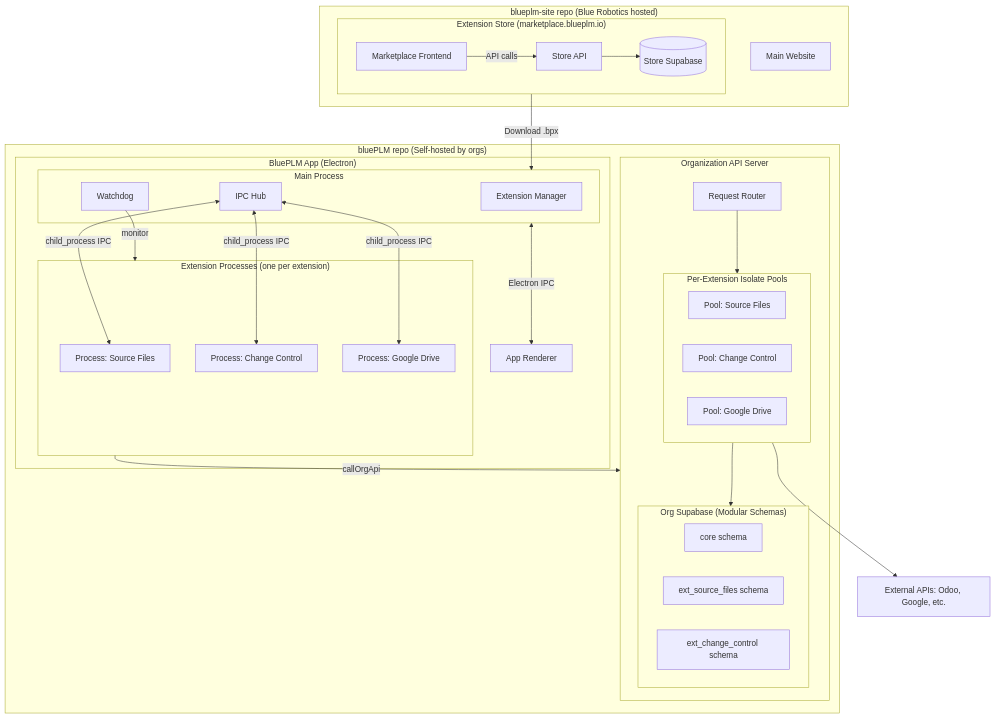
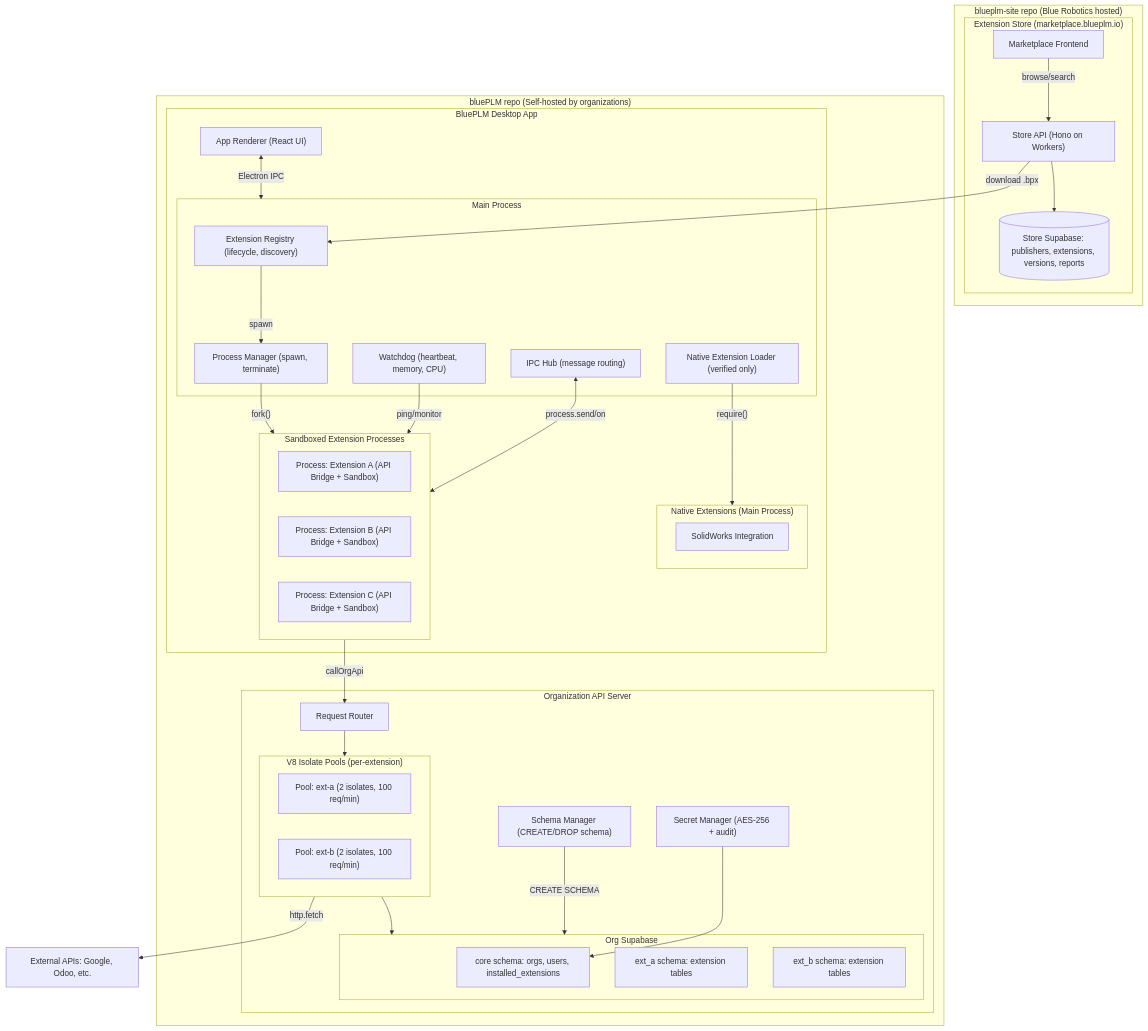
Before and after one commit to bluerobotics/bluePLM: the first of 6 diagrams in .cursor/plans/extension-system-architecture-agents.plan.md, drawn with Mermaid. The commit also changed other lines of this file and 5 other files, not shown here.

````diff
--- a/.cursor/plans/extension-system-architecture-agents.plan.md
+++ b/.cursor/plans/extension-system-architecture-agents.plan.md
@@ -39,60 +39,73 @@
 ```mermaid
 flowchart TB
     subgraph BluePLMSite["blueplm-site repo (Blue Robotics hosted)"]
         subgraph Store["Extension Store (marketplace.blueplm.io)"]
-            StoreAPI[Store API]
-            StoreDB[(Store Supabase)]
             StoreFE[Marketplace Frontend]
+            StoreAPI["Store API (Hono on Workers)"]
+            StoreDB[("Store Supabase: publishers, extensions, versions, reports")]
         end
-        MainSite[Main Website]
     end
 
-    subgraph BluePLMRepo["bluePLM repo (Self-hosted by orgs)"]
-        subgraph App["BluePLM App (Electron)"]
-            subgraph MainProc["Main Process"]
-                ExtManager[Extension Manager]
-                Watchdog[Watchdog]
-                IPCHub[IPC Hub]
+    subgraph BluePLMRepo["bluePLM repo (Self-hosted by organizations)"]
+        subgraph ElectronApp["BluePLM Desktop App"]
+            subgraph MainProcess["Main Process"]
+                ExtRegistry["Extension Registry (lifecycle, discovery)"]
+                ExtProcessMgr["Process Manager (spawn, terminate)"]
+                Watchdog["Watchdog (heartbeat, memory, CPU)"]
+                IPCHub["IPC Hub (message routing)"]
+                NativeLoader["Native Extension Loader (verified only)"]
             end
             
-            subgraph ExtProcesses["Extension Processes (one per extension)"]
-                ExtProcA["Process: Source Files"]
-                ExtProcB["Process: Change Control"]
-                ExtProcC["Process: Google Drive"]
+            subgraph SandboxedProcs["Sandboxed Extension Processes"]
+                ExtProc1["Process: Extension A (API Bridge + Sandbox)"]
+                ExtProc2["Process: Extension B (API Bridge + Sandbox)"]
+                ExtProc3["Process: Extension C (API Bridge + Sandbox)"]
             end
             
-            Renderer[App Renderer]
+            subgraph NativeExts["Native Extensions (Main Process)"]
+                NativeExt1["SolidWorks Integration"]
+            end
+            
+            Renderer["App Renderer (React UI)"]
         end
 
         subgraph OrgAPI["Organization API Server"]
             Router[Request Router]
+            SchemaMgr["Schema Manager (CREATE/DROP schema)"]
+            SecretMgr["Secret Manager (AES-256 + audit)"]
             
-            subgraph IsolatePools["Per-Extension Isolate Pools"]
-                PoolA["Pool: Source Files"]
-                PoolB["Pool: Change Control"]
-                PoolC["Pool: Google Drive"]
+            subgraph IsolatePools["V8 Isolate Pools (per-extension)"]
+                Pool1["Pool: ext-a (2 isolates, 100 req/min)"]
+                Pool2["Pool: ext-b (2 isolates, 100 req/min)"]
             end
             
-            subgraph OrgDB["Org Supabase (Modular Schemas)"]
-                CoreSchema["core schema"]
-                ExtSFSchema["ext_source_files schema"]
-                ExtCCSchema["ext_change_control schema"]
+            subgraph OrgDB["Org Supabase"]
+                CoreSchema["core schema: orgs, users, installed_extensions"]
+                ExtSchema1["ext_a schema: extension tables"]
+                ExtSchema2["ext_b schema: extension tables"]
             end
         end
     end
 
-    External[External APIs: Odoo, Google, etc.]
+    External["External APIs: Google, Odoo, etc."]
 
-    StoreFE -->|API calls| StoreAPI
+    StoreFE -->|"browse/search"| StoreAPI
     StoreAPI --> StoreDB
-    Store -->|Download .bpx| MainProc
-    IPCHub <-->|"child_process IPC"| ExtProcA
-    IPCHub <-->|"child_process IPC"| ExtProcB
-    IPCHub <-->|"child_process IPC"| ExtProcC
-    MainProc <-->|Electron IPC| Renderer
-    Watchdog -->|monitor| ExtProcesses
-    ExtProcesses -->|callOrgApi| OrgAPI
+    StoreAPI -->|"download .bpx"| ExtRegistry
+
+    ExtRegistry -->|"spawn"| ExtProcessMgr
+    ExtProcessMgr -->|"fork()"| SandboxedProcs
+    Watchdog -->|"ping/monitor"| SandboxedProcs
+    IPCHub <-->|"process.send/on"| SandboxedProcs
+    NativeLoader -->|"require()"| NativeExts
+
+    Renderer <-->|"Electron IPC"| MainProcess
+
+    SandboxedProcs -->|"callOrgApi"| Router
     Router --> IsolatePools
     IsolatePools --> OrgDB
-    IsolatePools --> External
+    IsolatePools -->|"http.fetch"| External
+
+    SchemaMgr -->|"CREATE SCHEMA"| OrgDB
+    SecretMgr --> CoreSchema
 ```
````
